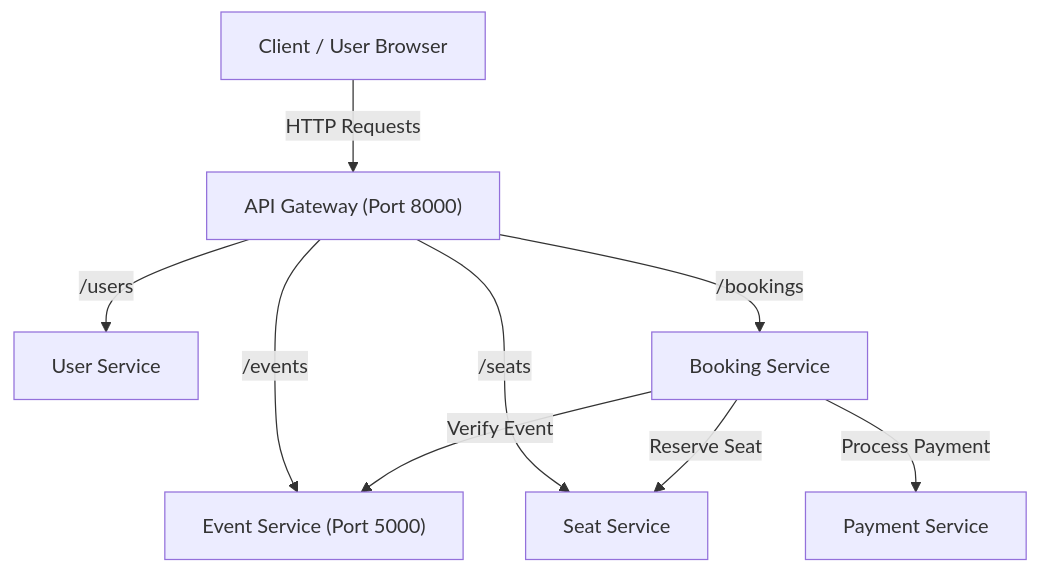
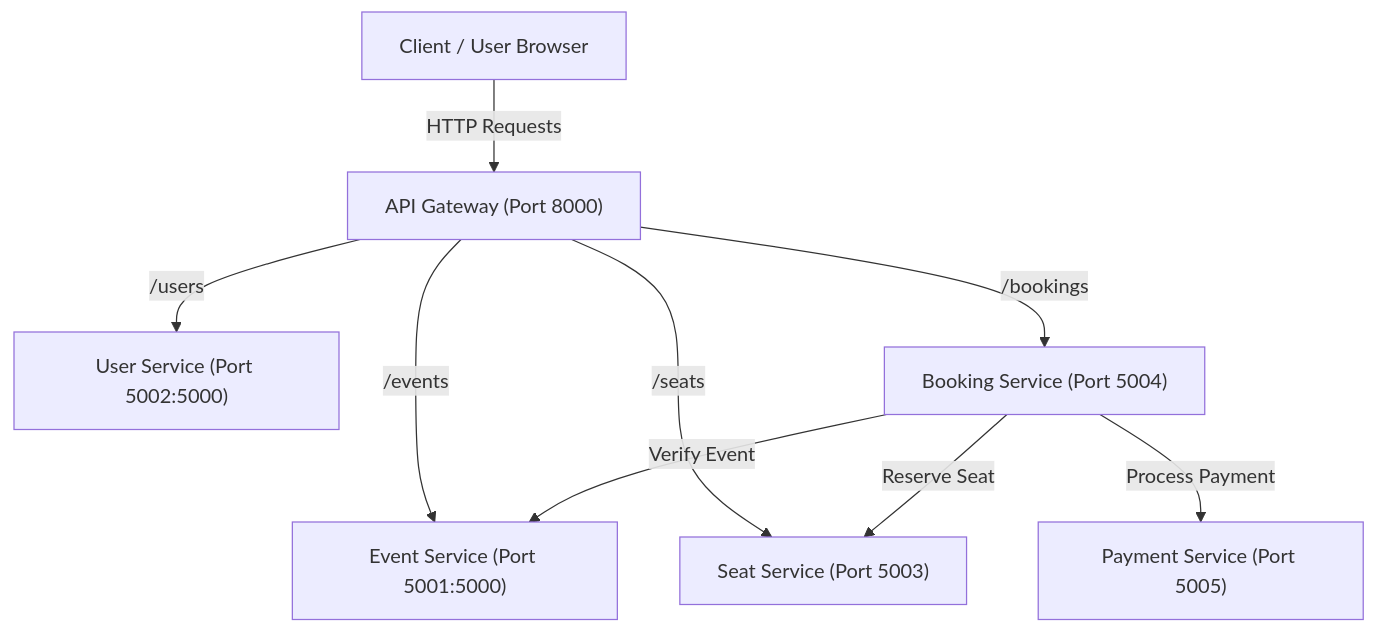
Before and after one commit to ADITYAGAVIMATH/movie-concert-microservices: the diagram in README.md, drawn with Mermaid. The commit also changed other lines of this file, not shown here.

Commit message:
docs: document User Service and update active container port mappings

````diff
--- a/README.md
+++ b/README.md
@@ -77,11 +86,11 @@
 ```mermaid
 flowchart TD
     Client["Client / User Browser"] -->|HTTP Requests| Gateway["API Gateway (Port 8000)"]
-    Gateway -->|/users| UserSvc["User Service"]
-    Gateway -->|/events| EventSvc["Event Service (Port 5000)"]
-    Gateway -->|/seats| SeatSvc["Seat Service"]
-    Gateway -->|/bookings| BookingSvc["Booking Service"]
+    Gateway -->|/users| UserSvc["User Service (Port 5002:5000)"]
+    Gateway -->|/events| EventSvc["Event Service (Port 5001:5000)"]
+    Gateway -->|/seats| SeatSvc["Seat Service (Port 5003)"]
+    Gateway -->|/bookings| BookingSvc["Booking Service (Port 5004)"]
     BookingSvc -->|Verify Event| EventSvc
     BookingSvc -->|Reserve Seat| SeatSvc
-    BookingSvc -->|Process Payment| PaymentSvc["Payment Service"]
+    BookingSvc -->|Process Payment| PaymentSvc["Payment Service (Port 5005)"]
 ```
````
